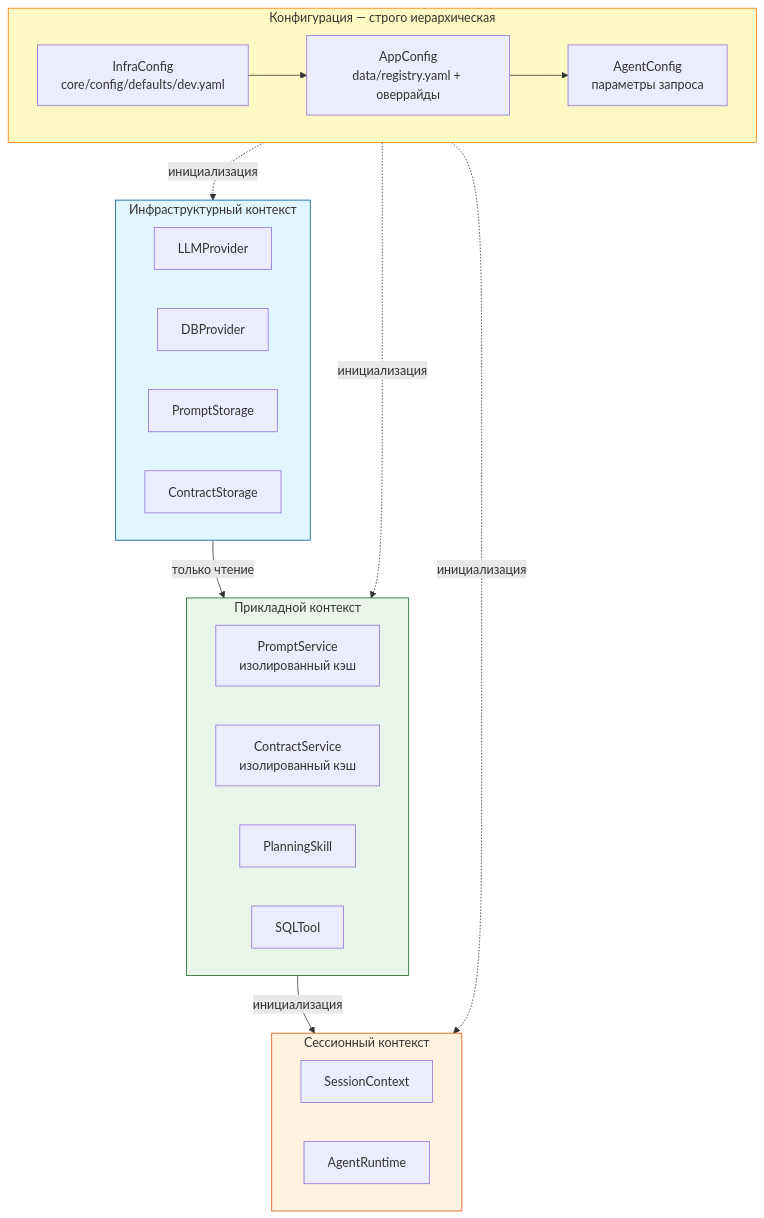
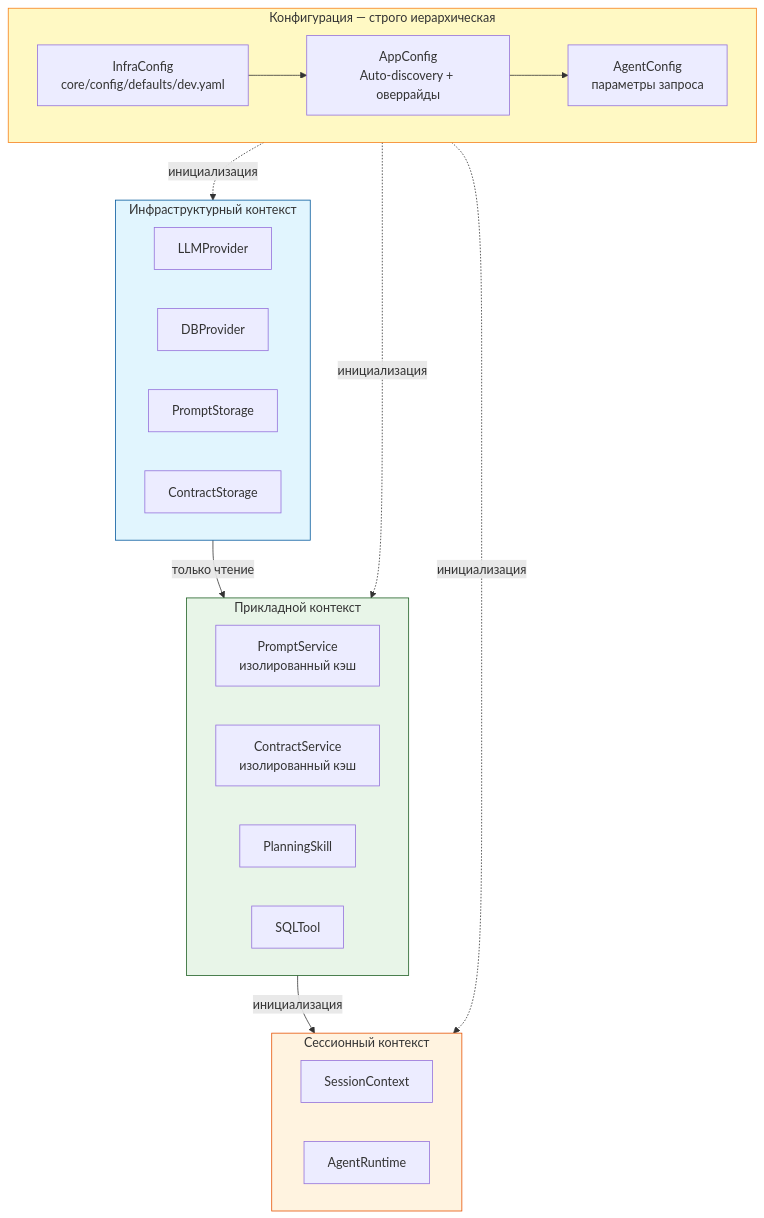
One commit to AlexEgorov85/koru-agent changed the first of 2 diagrams in docs/architecture/ideal.md. Above: the diagram before and after it, drawn with Mermaid. The commit also changed other lines of this file and 3 other files, not shown here.

Commit message:
docs: обновить документацию по auto-discovery и векторному поиску

````diff
--- a/docs/architecture/ideal.md
+++ b/docs/architecture/ideal.md
@@ -22,47 +22,47 @@
 ```mermaid
 flowchart TD
     subgraph CONFIG [Конфигурация — строго иерархическая]
         direction LR
         IC[InfraConfig<br/>core/config/defaults/dev.yaml]
-        AC[AppConfig<br/>data/registry.yaml + оверрайды]
+        AC[AppConfig<br/>Auto-discovery + оверрайды]
         AGC[AgentConfig<br/>параметры запроса]
     end
     
     IC --> AC
     AC --> AGC
     
     subgraph INFRA [Инфраструктурный контекст]
         LLM[LLMProvider]
         DB[DBProvider]
         PS[PromptStorage]
         CS[ContractStorage]
     end
     
     subgraph APP [Прикладной контекст]
         PSC[PromptService<br/>изолированный кэш]
         CSC[ContractService<br/>изолированный кэш]
         SK[PlanningSkill]
         TL[SQLTool]
     end
     
     subgraph SESS [Сессионный контекст]
         SC[SessionContext]
         AR[AgentRuntime]
     end
     
     IC -.->|инициализация| INFRA
     AC -.->|инициализация| APP
     AGC -.->|инициализация| SESS
     
     INFRA -->|только чтение| APP
     APP -->|инициализация| SESS
     
     classDef config fill:#fff9c4,stroke:#f57f17
     classDef infra fill:#e1f5fe,stroke:#01579b
     classDef app fill:#e8f5e8,stroke:#1b5e20
     classDef sess fill:#fff3e0,stroke:#e65100
     class CONFIG config
     class INFRA infra
     class APP app
     class SESS sess
 ```
````
